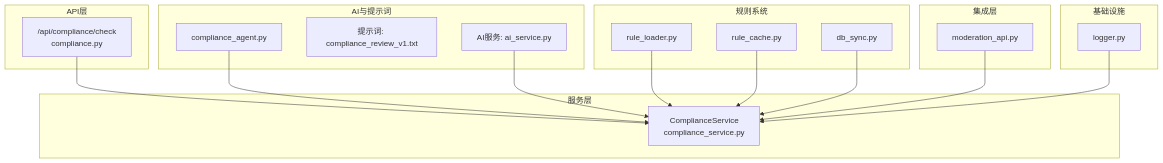
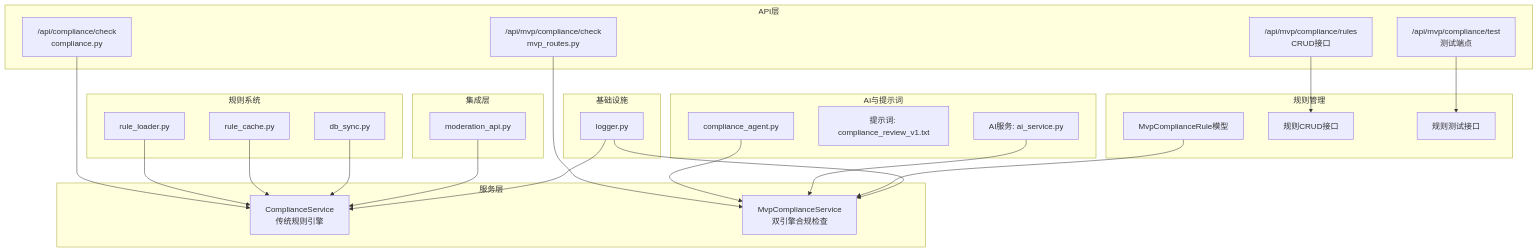
The first of 5 diagrams in .qoder/repowiki/zh/content/AI内容处理系统/合规性检查.md (dream-ze/AI_huoke-), drawn with Mermaid before and after one commit. The commit also changed other lines of this file and 220 other files, not shown here.

````diff
--- a/.qoder/repowiki/zh/content/AI内容处理系统/合规性检查.md
+++ b/.qoder/repowiki/zh/content/AI内容处理系统/合规性检查.md
@@ -44,33 +59,47 @@
 ```mermaid
 graph TB
 subgraph "API层"
 E1["/api/compliance/check<br/>compliance.py"]
+E2["/api/mvp/compliance/check<br/>mvp_routes.py"]
+E3["/api/mvp/compliance/rules<br/>CRUD接口"]
+E4["/api/mvp/compliance/test<br/>测试端点"]
 end
 subgraph "服务层"
-S1["ComplianceService<br/>compliance_service.py"]
+S1["ComplianceService<br/>传统规则引擎"]
+S2["MvpComplianceService<br/>双引擎合规检查"]
 end
 subgraph "AI与提示词"
 A1["compliance_agent.py"]
 A2["提示词: compliance_review_v1.txt"]
 A3["AI服务: ai_service.py"]
 end
 subgraph "规则系统"
 R1["rule_loader.py"]
 R2["rule_cache.py"]
 R3["db_sync.py"]
 end
+subgraph "规则管理"
+RM1["MvpComplianceRule模型"]
+RM2["规则CRUD接口"]
+RM3["规则测试接口"]
+end
 subgraph "集成层"
 I1["moderation_api.py"]
 end
 subgraph "基础设施"
 L1["logger.py"]
 end
 E1 --> S1
-A1 --> S1
-A3 --> S1
+E2 --> S2
+E3 --> RM2
+E4 --> RM3
+A1 --> S2
+A3 --> S2
 R1 --> S1
 R2 --> S1
 R3 --> S1
 I1 --> S1
+RM1 --> S2
 L1 --> S1
+L1 --> S2
 ```
````
